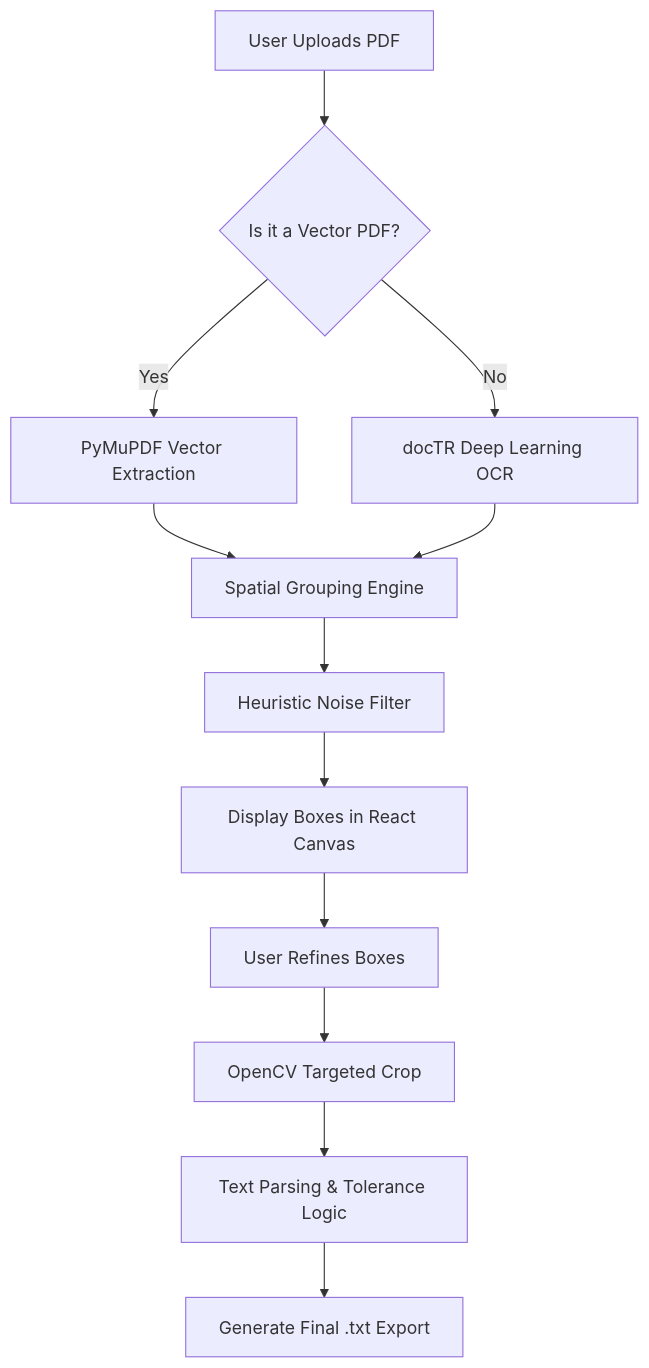
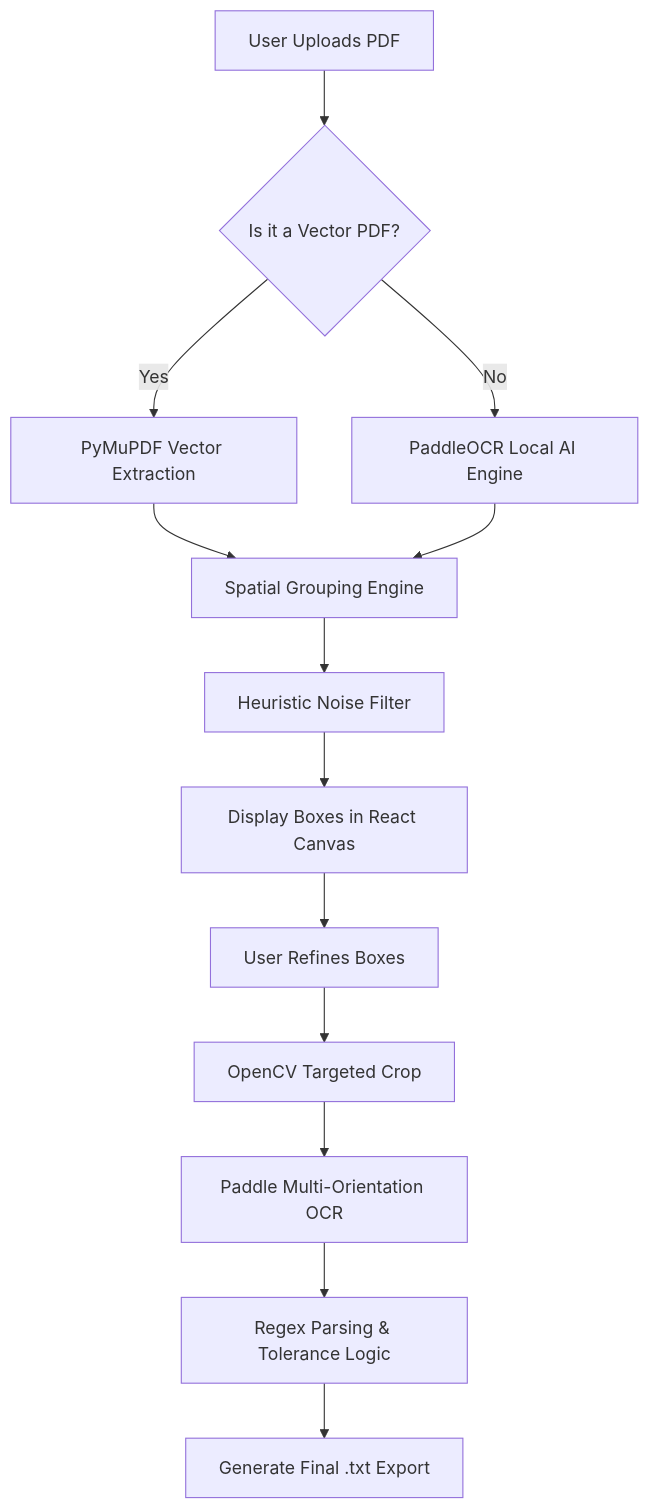
One commit to Prashanthdesai2603/dimension_extractor changed the diagram in README.md. Above: the diagram before and after it, drawn with Mermaid. The commit also changed other lines of this file and 2 other files, not shown here.

````diff
--- a/README.md
+++ b/README.md
@@ -68,14 +109,15 @@
 ```mermaid
 graph TD
     A[User Uploads PDF] --> B{Is it a Vector PDF?}
     B -- Yes --> C[PyMuPDF Vector Extraction]
-    B -- No --> D[docTR Deep Learning OCR]
+    B -- No --> D[PaddleOCR Local AI Engine]
     C --> E[Spatial Grouping Engine]
     D --> E
     E --> F[Heuristic Noise Filter]
     F --> G[Display Boxes in React Canvas]
     G --> H[User Refines Boxes]
     H --> I[OpenCV Targeted Crop]
-    I --> J[Text Parsing & Tolerance Logic]
-    J --> K[Generate Final .txt Export]
+    I --> J[Paddle Multi-Orientation OCR]
+    J --> K[Regex Parsing & Tolerance Logic]
+    K --> L[Generate Final .txt Export]
 ```
````
